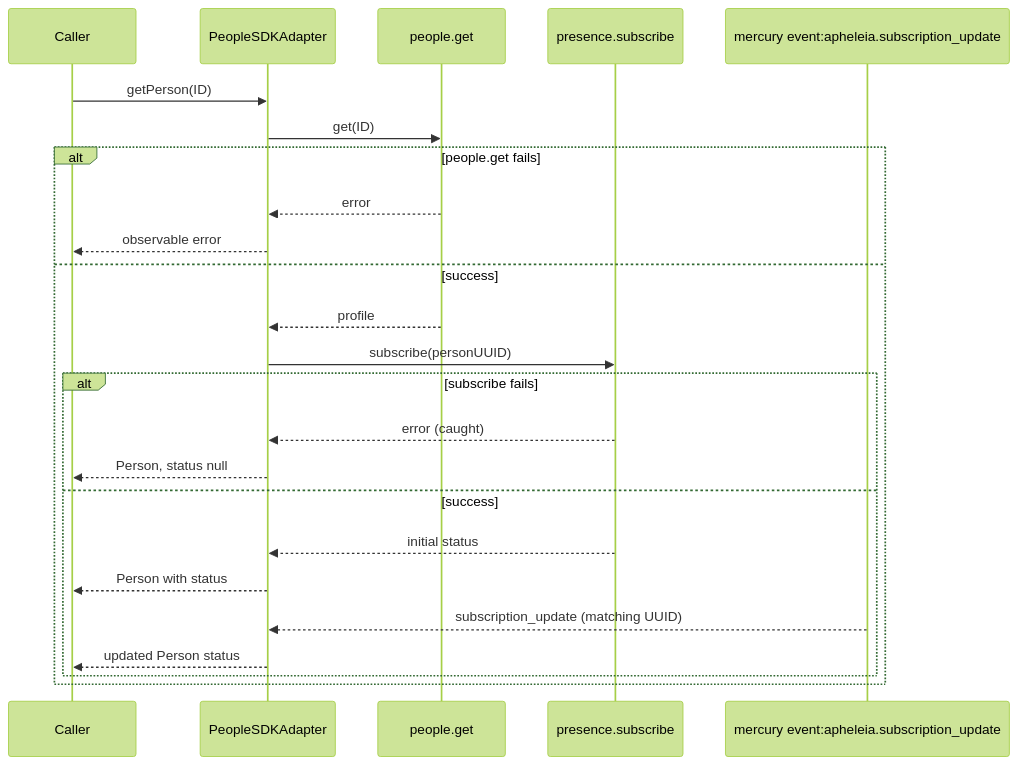
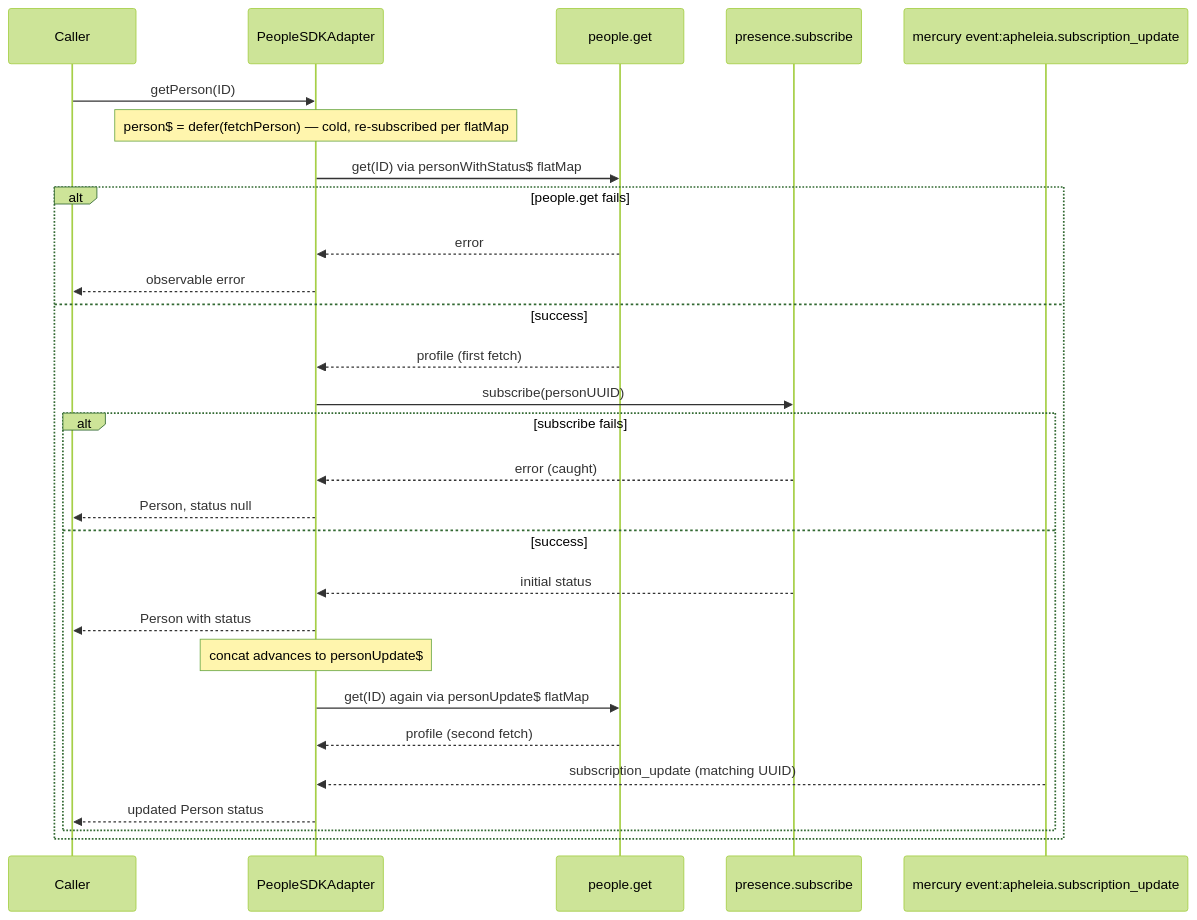
The third of 5 diagrams in src/ai-docs/people-sdk-adapter-spec.md (webex/sdk-component-adapter), drawn with Mermaid (forest theme) before and after one commit. The commit also changed other lines of this file and 10 other files, not shown here.

````diff
--- a/src/ai-docs/people-sdk-adapter-spec.md
+++ b/src/ai-docs/people-sdk-adapter-spec.md
@@ -158,27 +159,31 @@
 ```mermaid
 sequenceDiagram
   participant Caller
   participant Adapter as PeopleSDKAdapter
   participant People as people.get
   participant Apheleia as presence.subscribe
   participant Mercury as mercury event:apheleia.subscription_update
 
   Caller->>Adapter: getPerson(ID)
-  Adapter->>People: get(ID)
+  Note over Adapter: person$ = defer(fetchPerson) — cold, re-subscribed per flatMap
+  Adapter->>People: get(ID) via personWithStatus$ flatMap
   alt people.get fails
     People-->>Adapter: error
     Adapter-->>Caller: observable error
   else success
-    People-->>Adapter: profile
+    People-->>Adapter: profile (first fetch)
     Adapter->>Apheleia: subscribe(personUUID)
     alt subscribe fails
       Apheleia-->>Adapter: error (caught)
       Adapter-->>Caller: Person, status null
     else success
       Apheleia-->>Adapter: initial status
       Adapter-->>Caller: Person with status
+      Note over Adapter: concat advances to personUpdate$
+      Adapter->>People: get(ID) again via personUpdate$ flatMap
+      People-->>Adapter: profile (second fetch)
       Mercury-->>Adapter: subscription_update (matching UUID)
       Adapter-->>Caller: updated Person status
     end
   end
 ```
````
